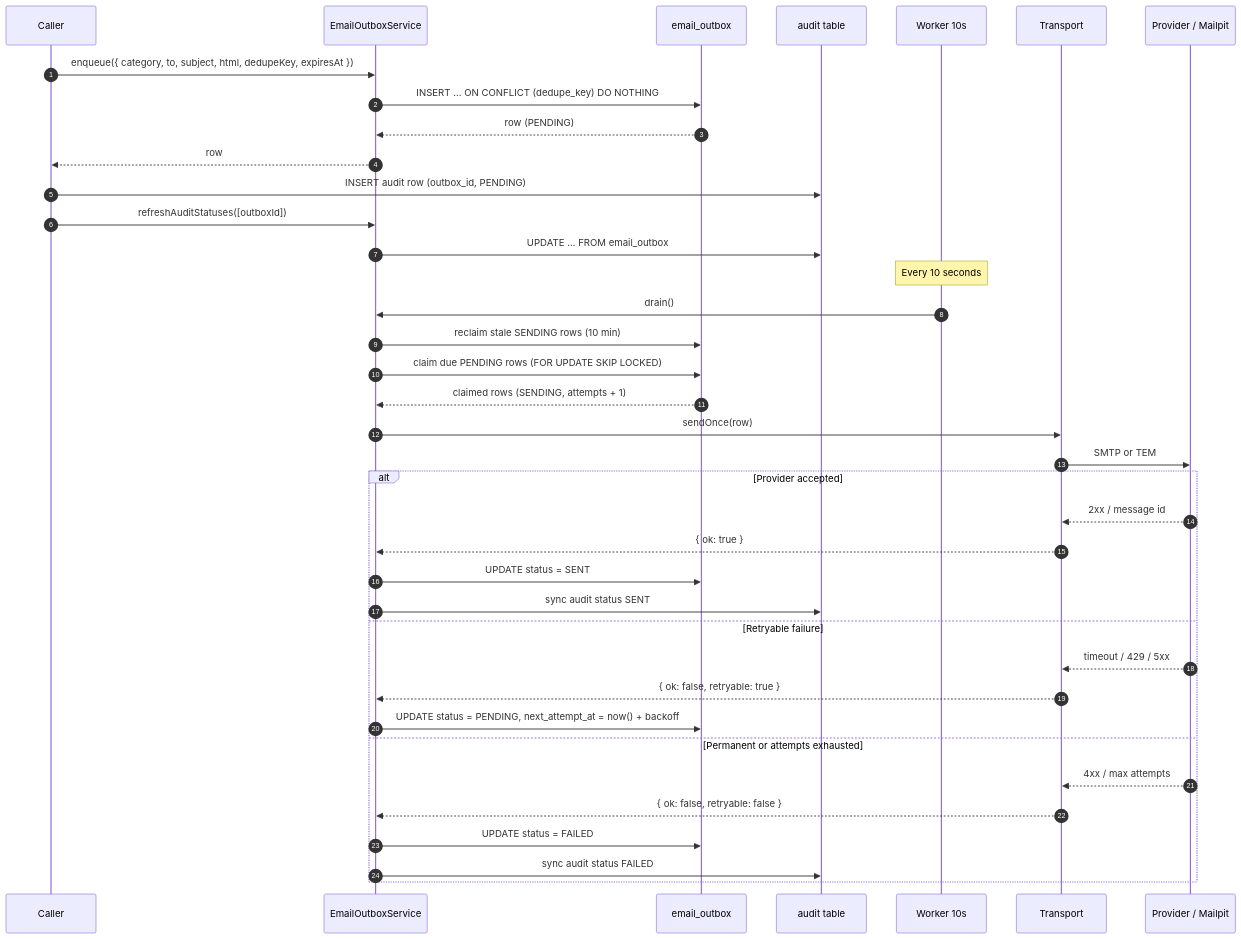
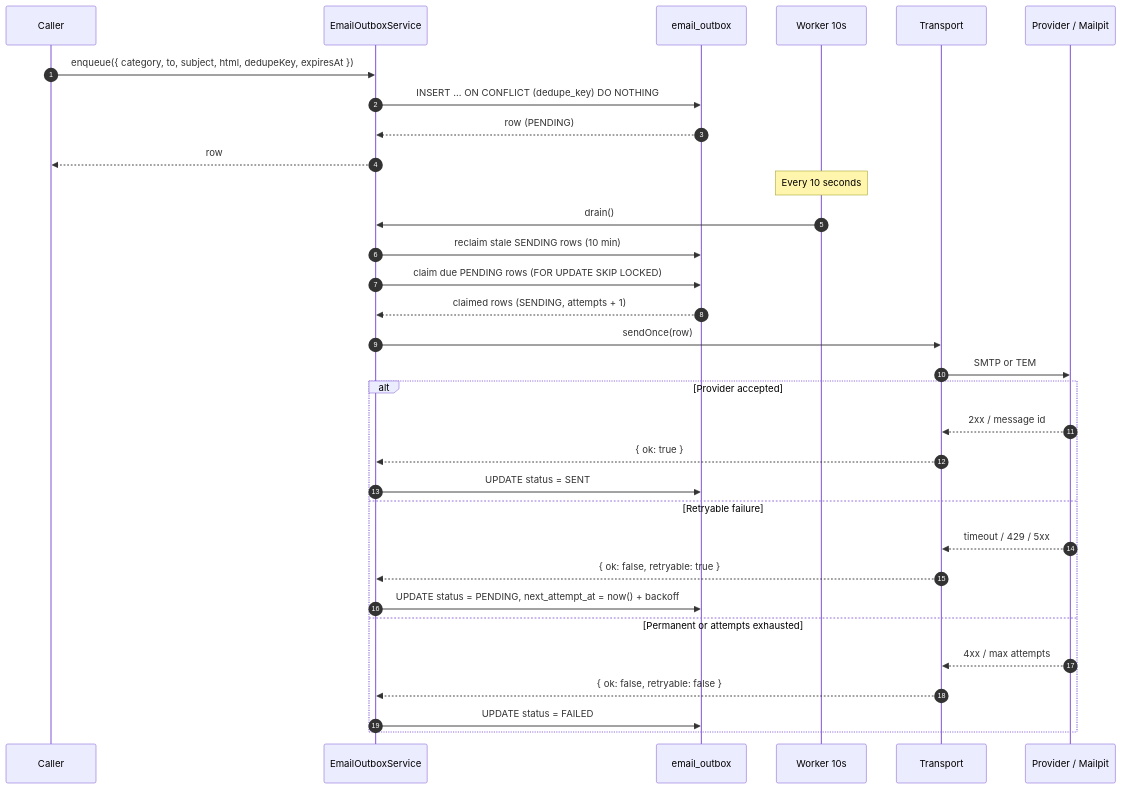
One commit to Caluno-GmbH/caluno changed the second of 6 diagrams in docs/specs/2026-10-21-email-outbox-design.md. Above: the diagram before and after it, drawn with Mermaid. The commit also changed other lines of this file, not shown here.

First line of the commit message:
docs(email): clarify audit-linked senders

````diff
--- a/docs/specs/2026-10-21-email-outbox-design.md
+++ b/docs/specs/2026-10-21-email-outbox-design.md
@@ -67,42 +67,36 @@
 ```mermaid
 sequenceDiagram
   autonumber
   participant C as Caller
   participant O as EmailOutboxService
   participant D as email_outbox
-  participant A as audit table
   participant W as Worker 10s
   participant T as Transport
   participant P as Provider / Mailpit
 
   C->>O: enqueue({ category, to, subject, html, dedupeKey, expiresAt })
   O->>D: INSERT ... ON CONFLICT (dedupe_key) DO NOTHING
   D-->>O: row (PENDING)
   O-->>C: row
-  C->>A: INSERT audit row (outbox_id, PENDING)
-  C->>O: refreshAuditStatuses([outboxId])
-  O->>A: UPDATE ... FROM email_outbox
 
   Note over W: Every 10 seconds
   W->>O: drain()
   O->>D: reclaim stale SENDING rows (10 min)
   O->>D: claim due PENDING rows (FOR UPDATE SKIP LOCKED)
   D-->>O: claimed rows (SENDING, attempts + 1)
   O->>T: sendOnce(row)
   T->>P: SMTP or TEM
   alt Provider accepted
     P-->>T: 2xx / message id
     T-->>O: { ok: true }
     O->>D: UPDATE status = SENT
-    O->>A: sync audit status SENT
   else Retryable failure
     P-->>T: timeout / 429 / 5xx
     T-->>O: { ok: false, retryable: true }
     O->>D: UPDATE status = PENDING, next_attempt_at = now() + backoff
   else Permanent or attempts exhausted
     P-->>T: 4xx / max attempts
     T-->>O: { ok: false, retryable: false }
     O->>D: UPDATE status = FAILED
-    O->>A: sync audit status FAILED
   end
 ```
````
